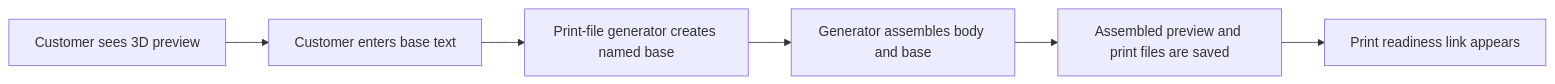
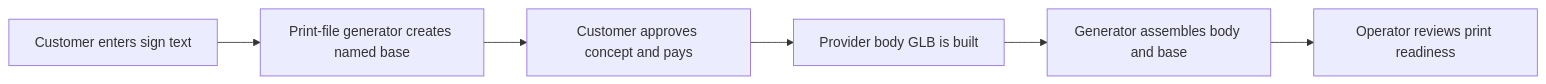
Before and after one commit to KielRN/3dprintposters: the fourth of 6 diagrams in docs/Workflows/figurine-and-operator-workflows.md, drawn with Mermaid. The commit also changed other lines of this file and 27 other files, not shown here.

````diff
--- a/docs/Workflows/figurine-and-operator-workflows.md
+++ b/docs/Workflows/figurine-and-operator-workflows.md
@@ -228,9 +152,9 @@
 ```mermaid
 %%{init: {"flowchart": {"htmlLabels": false}} }%%
 graph LR
-  A["Customer sees 3D preview"] --> B["Customer enters base text"]
-  B --> C["Print-file generator creates named base"]
-  C --> D["Generator assembles body and base"]
-  D --> E["Assembled preview and print files are saved"]
-  E --> F["Print readiness link appears"]
+  A["Customer enters sign text"] --> B["Print-file generator creates named base"]
+  B --> C["Customer approves concept and pays"]
+  C --> D["Provider body GLB is built"]
+  D --> E["Generator assembles body and base"]
+  E --> F["Operator reviews print readiness"]
 ```
````
